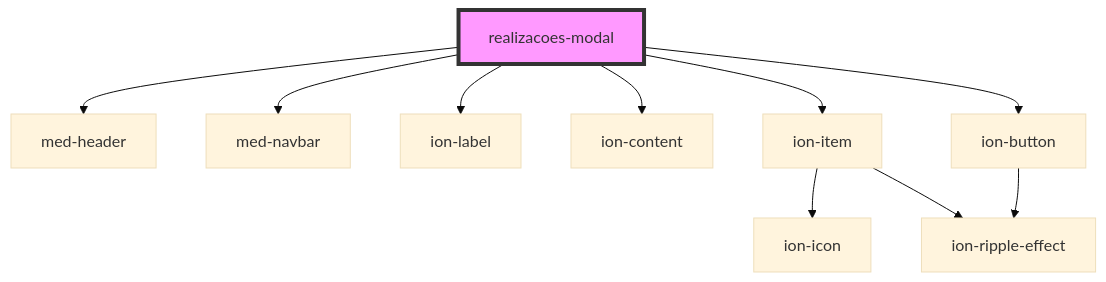
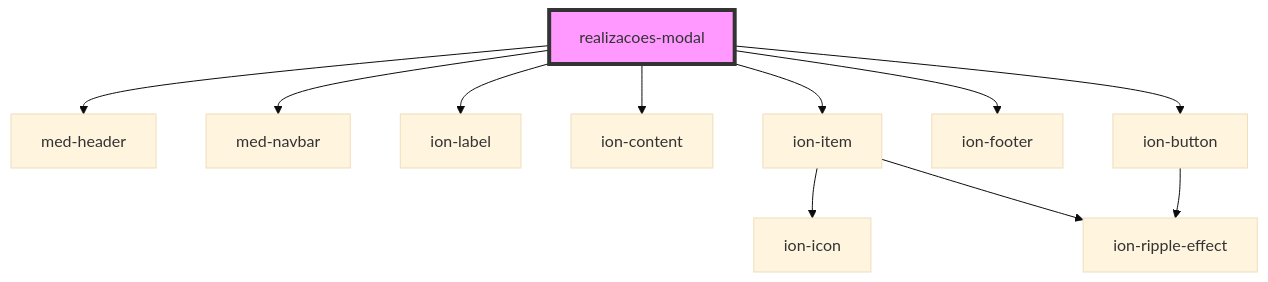
Before and after one commit to MEDGRUPOGIT/ionic-framework-1: the diagram in core/src/components/@templarios/ionic-1-migracao/simulados/realizacoes-modal/readme.md, drawn with Mermaid (base theme). The commit also changed other lines of this file and 18 other files, not shown here.

Commit message:
Ajuste ion-footer

````diff
--- a/core/src/components/@templarios/ionic-1-migracao/simulados/realizacoes-modal/readme.md
+++ b/core/src/components/@templarios/ionic-1-migracao/simulados/realizacoes-modal/readme.md
@@ -20,13 +21,14 @@
 ```mermaid
 graph TD;
   realizacoes-modal --> med-header
   realizacoes-modal --> med-navbar
   realizacoes-modal --> ion-label
   realizacoes-modal --> ion-content
   realizacoes-modal --> ion-item
+  realizacoes-modal --> ion-footer
   realizacoes-modal --> ion-button
   ion-item --> ion-icon
   ion-item --> ion-ripple-effect
   ion-button --> ion-ripple-effect
   style realizacoes-modal fill:#f9f,stroke:#333,stroke-width:4px
 ```
````
